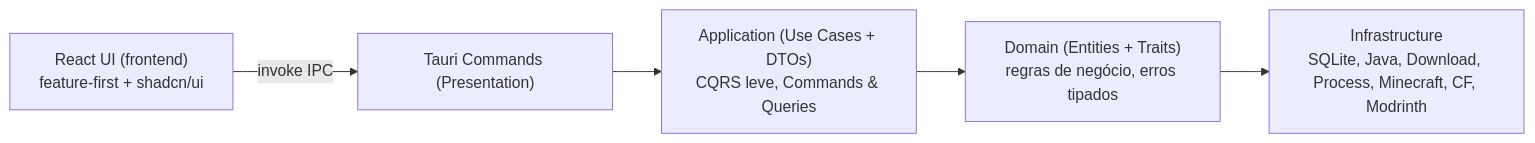
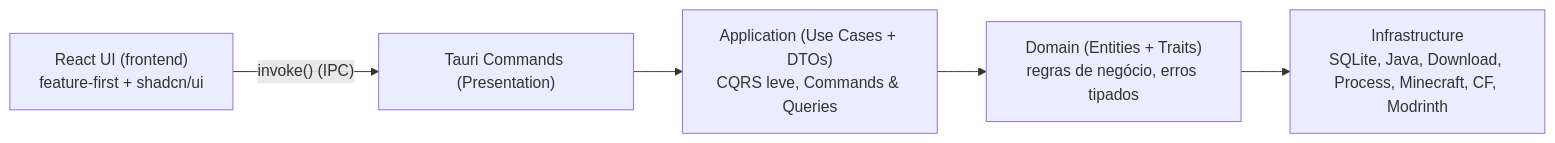
The first of 2 diagrams in README.md (kauafpssx/AstroLauncher), drawn with Mermaid before and after one commit. The commit also changed other lines of this file and 15 other files, not shown here.

````diff
--- a/README.md
+++ b/README.md
@@ -157,7 +198,7 @@
 ```mermaid
 graph LR
-    A["React UI (frontend)<br/>feature-first + shadcn/ui"] -->|invoke IPC| B["Tauri Commands (Presentation)"]
+    A["React UI (frontend)<br/>feature-first + shadcn/ui"] -- "invoke() (IPC)" --> B["Tauri Commands (Presentation)"]
     B --> C["Application (Use Cases + DTOs)<br/>CQRS leve, Commands & Queries"]
     C --> D["Domain (Entities + Traits)<br/>regras de negócio, erros tipados"]
     D --> E["Infrastructure<br/>SQLite, Java, Download, Process, Minecraft, CF, Modrinth"]
 ```
````
